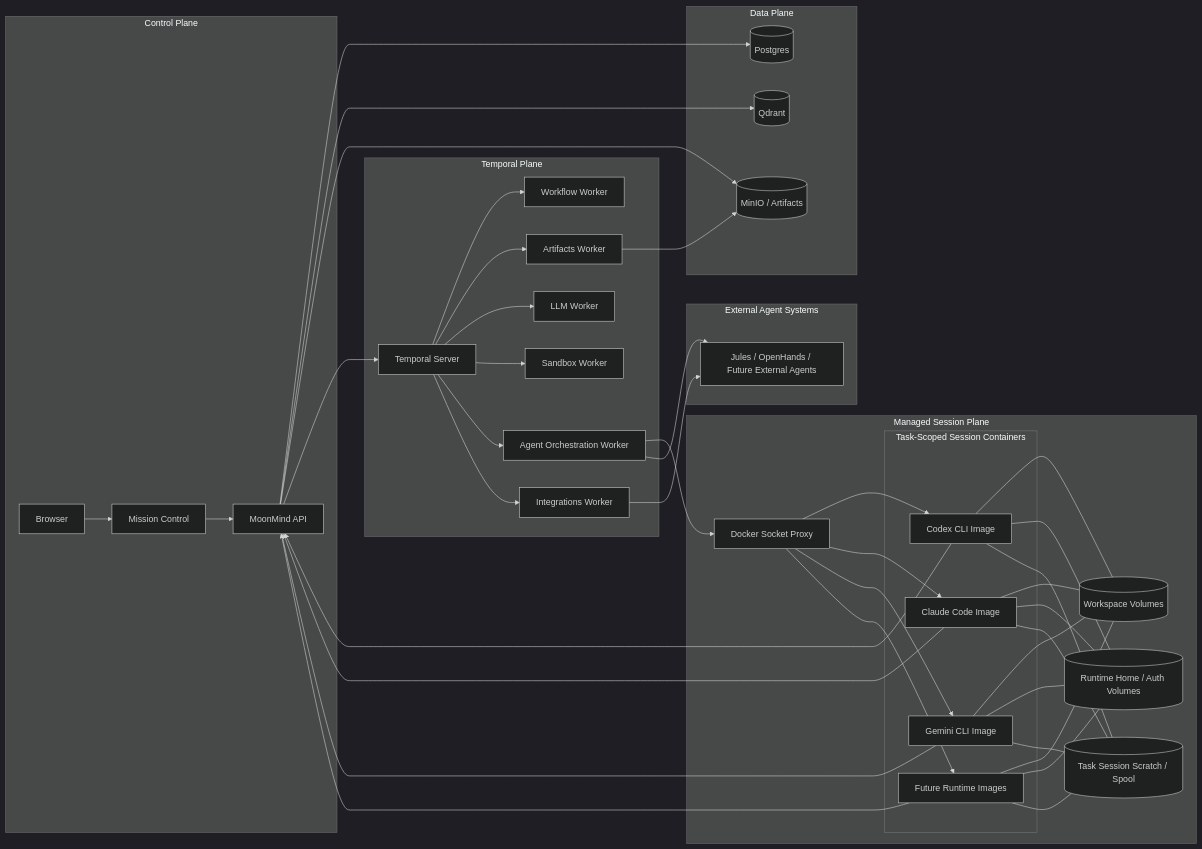
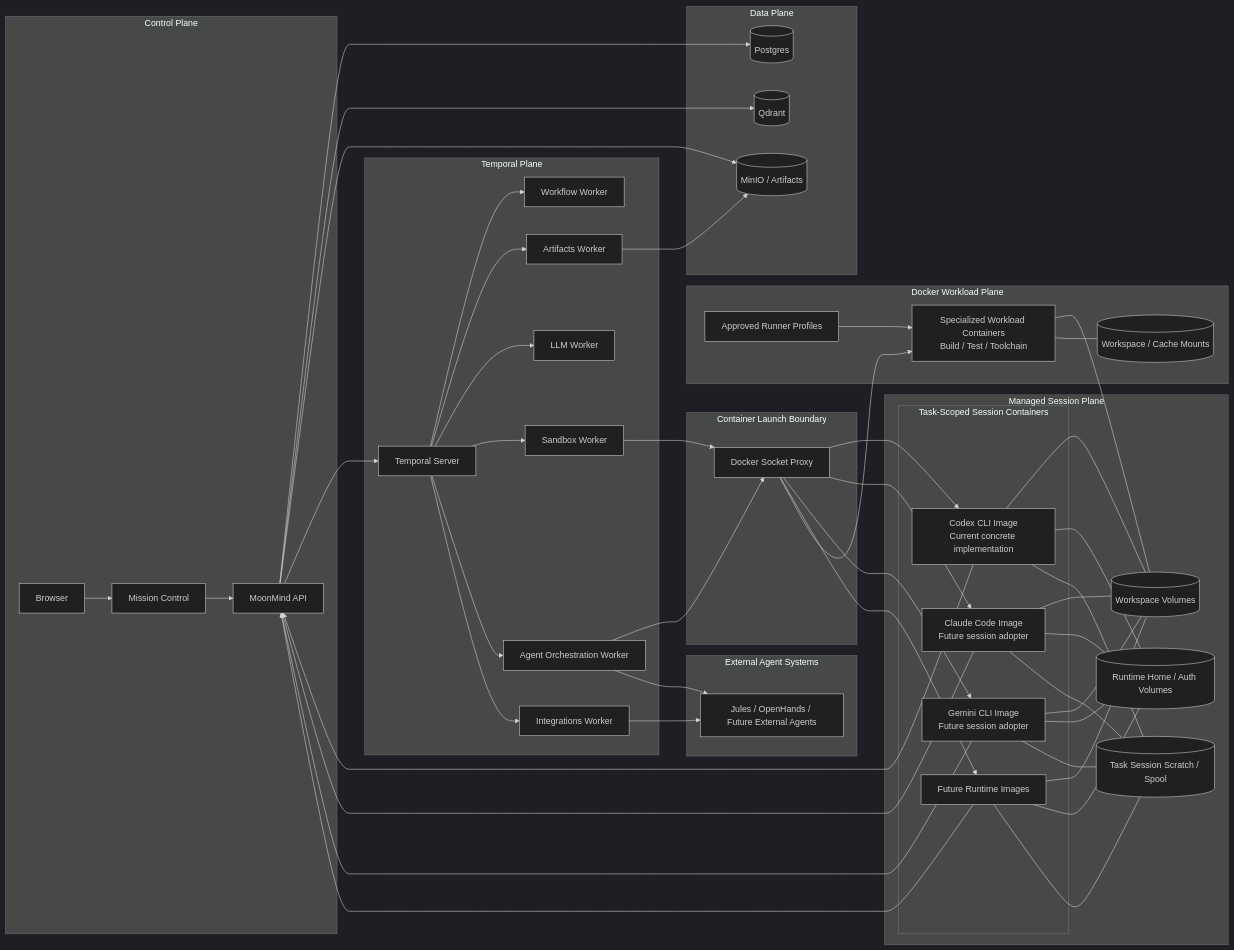
The diagram in docs/MoonMindArchitecture.md (MoonLadderStudios/MoonMind), drawn with Mermaid (dark theme) before and after one commit. The commit also changed other lines of this file and 23 other files, not shown here.

Commit message:
Align managed session architecture docs

```diff
--- a/docs/MoonMindArchitecture.md
+++ b/docs/MoonMindArchitecture.md
@@ -41,17 +43,26 @@
     INT[Integrations Worker]
   end
 
+  subgraph ContainerLaunchBoundary["Container Launch Boundary"]
+    DP[Docker Socket Proxy]
+  end
+
   subgraph ManagedSessionPlane["Managed Session Plane"]
-    DP[Docker Socket Proxy]
     subgraph SessionContainers["Task-Scoped Session Containers"]
-      COD[Codex CLI Image]
-      CLA[Claude Code Image]
-      GEM[Gemini CLI Image]
+      COD["Codex CLI Image<br/>Current concrete implementation"]
+      CLA["Claude Code Image<br/>Future session adopter"]
+      GEM["Gemini CLI Image<br/>Future session adopter"]
       FUT[Future Runtime Images]
     end
     WV[(Workspace Volumes)]
     HV[(Runtime Home / Auth Volumes)]
     SV[(Task Session Scratch / Spool)]
+  end
+
+  subgraph DockerWorkloadPlane["Docker Workload Plane"]
+    RP[Approved Runner Profiles]
+    WLC["Specialized Workload Containers<br/>Build / Test / Toolchain"]
+    WCV[(Workspace / Cache Mounts)]
   end
 
   subgraph ExternalAgentSystems["External Agent Systems"]
@@ -74,11 +85,14 @@
   AO --> DP
   AO --> EXT
   INT --> EXT
+  SB --> DP
 
   DP --> COD
   DP --> CLA
   DP --> GEM
   DP --> FUT
+  DP --> WLC
+  RP --> WLC
 
   COD --- WV
   CLA --- WV
@@ -94,6 +108,8 @@
   CLA --- SV
   GEM --- SV
   FUT --- SV
+  WLC --- WV
+  WLC --- WCV
 
   COD --> API
   CLA --> API
```
